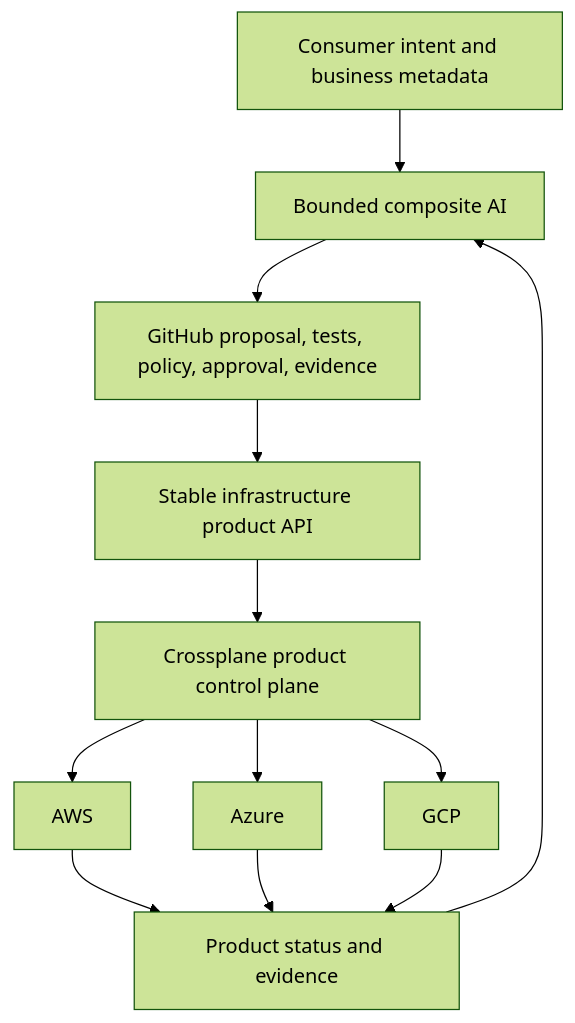
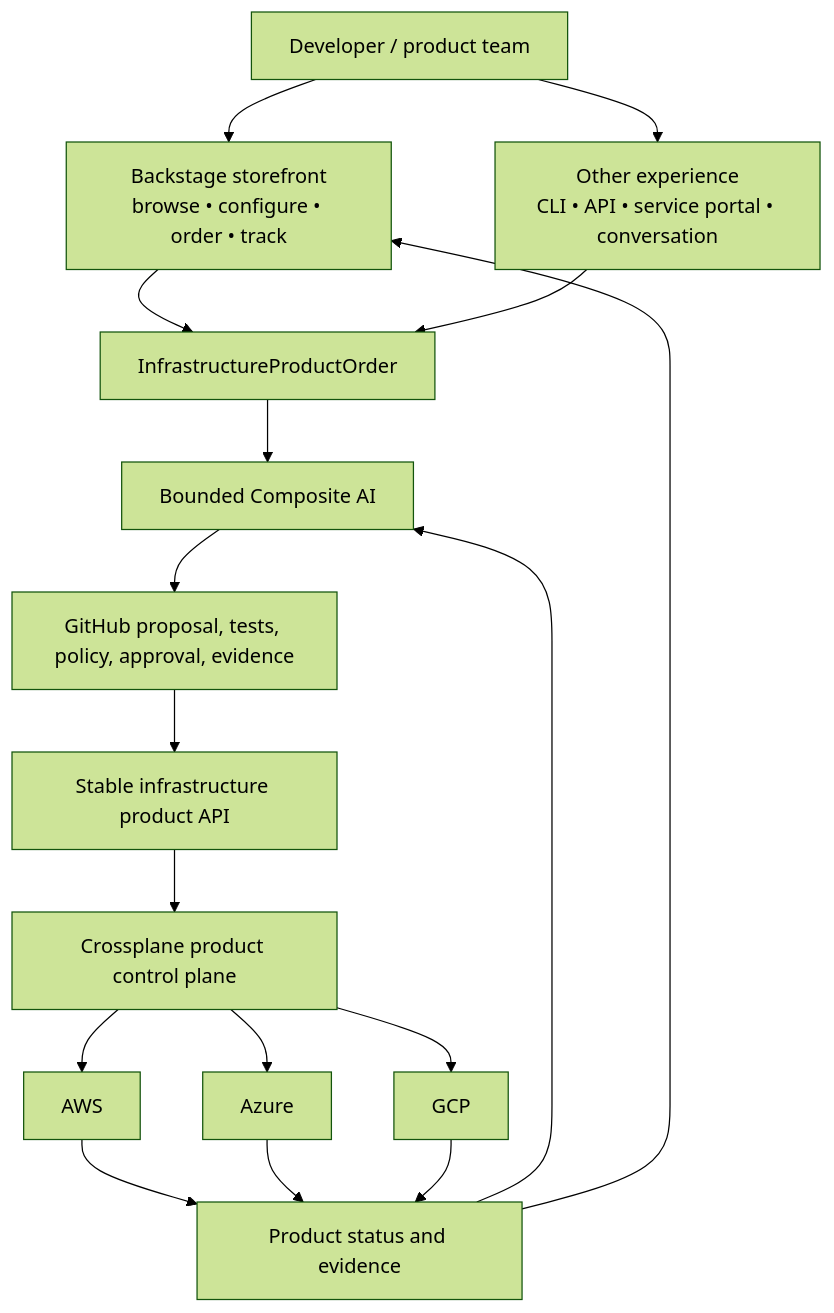
One commit to SAABOLImpactVenture/ai-powered-infrastructure-as-a-product changed the first of 5 diagrams in README.md. Above: the diagram before and after it, drawn with Mermaid (forest theme). The commit also changed other lines of this file and 3 other files, not shown here.

First line of the commit message:
Add Backstage as the bounded infrastructure-product storefront (#97)

````diff
--- a/README.md
+++ b/README.md
@@ -35,24 +40,32 @@
 ```mermaid
 flowchart TB
-  C[Consumer intent and business metadata]
-  AI[Bounded composite AI]
+  DEV[Developer / product team]
+  STORE[Backstage storefront\nbrowse • configure • order • track]
+  ALT[Other experience\nCLI • API • service portal • conversation]
+  ORDER[InfrastructureProductOrder]
+  AI[Bounded Composite AI]
   GIT[GitHub proposal, tests, policy, approval, evidence]
   API[Stable infrastructure product API]
   XP[Crossplane product control plane]
   AWS[AWS]
   AZ[Azure]
   GCP[GCP]
   STATUS[Product status and evidence]
 
-  C --> AI
+  DEV --> STORE
+  DEV --> ALT
+  STORE --> ORDER
+  ALT --> ORDER
+  ORDER --> AI
   AI --> GIT
   GIT --> API
   API --> XP
   XP --> AWS
   XP --> AZ
   XP --> GCP
   AWS --> STATUS
   AZ --> STATUS
   GCP --> STATUS
   STATUS --> AI
+  STATUS --> STORE
 ```
````
